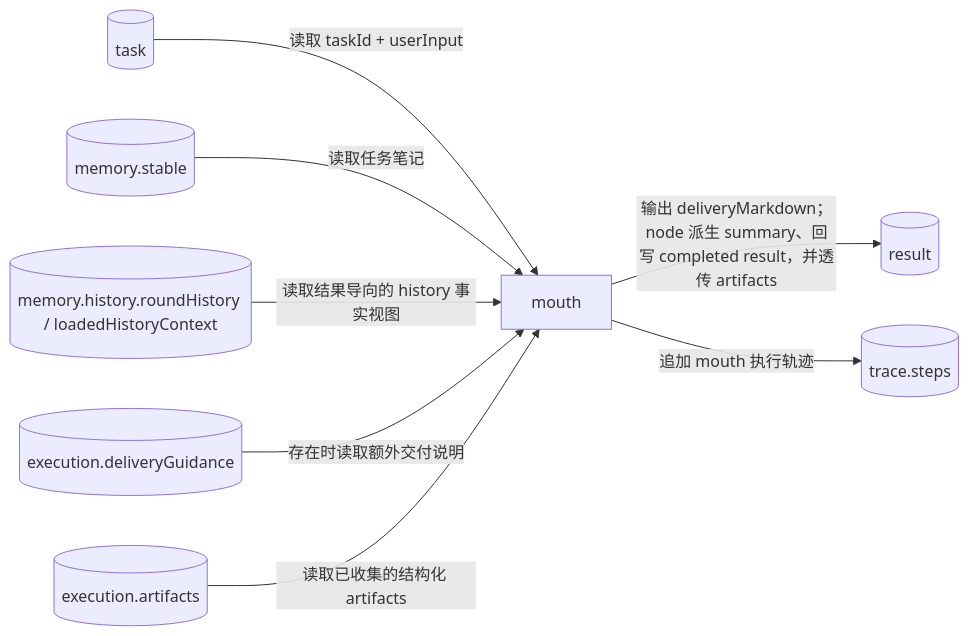
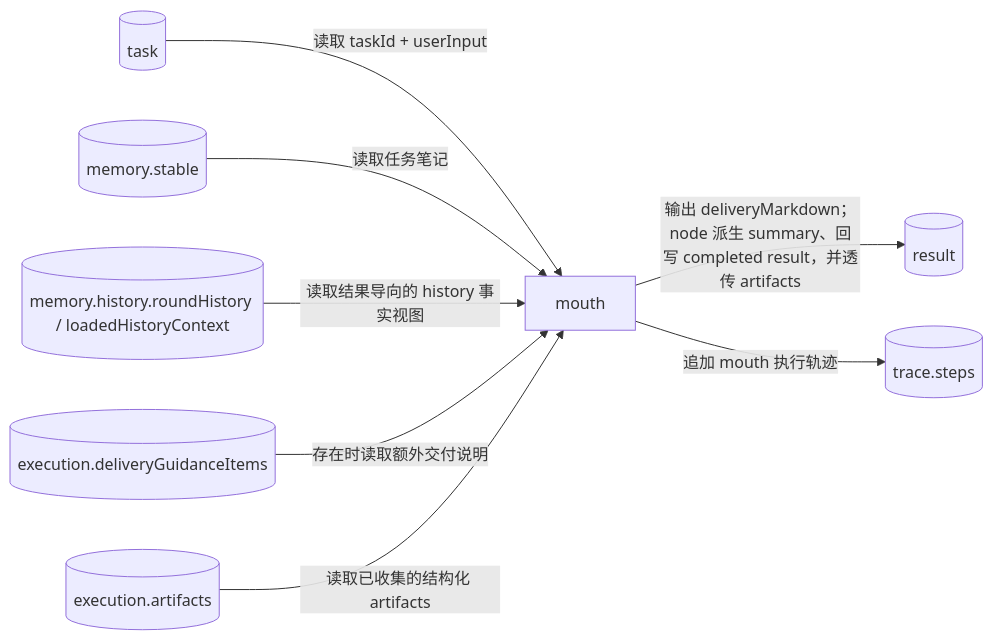
One commit to Yoan98/Ncurator changed the fifth of 5 diagrams in doc/ai-design/data-definition-and-flow.md. Above: the diagram before and after it, drawn with Mermaid. The commit also changed other lines of this file and 25 other files, not shown here.

Commit message:
Refine delivery guidance handoff for mouth

````diff
--- a/doc/ai-design/data-definition-and-flow.md
+++ b/doc/ai-design/data-definition-and-flow.md
@@ -1108,19 +1115,19 @@
 ```mermaid
 flowchart LR
     T[("task")]
     SM[("memory.stable")]
     PM[("memory.history.roundHistory / loadedHistoryContext")]
-    DG[("execution.deliveryGuidance")]
+    DG[("execution.deliveryGuidanceItems")]
     A[("execution.artifacts")]
     M["mouth"]
     R[("result")]
     TR[("trace.steps")]
 
     T -->|读取 taskId + userInput| M
     SM -->|读取任务笔记| M
     PM -->|读取结果导向的 history 事实视图| M
     DG -->|存在时读取额外交付说明| M
     A -->|读取已收集的结构化 artifacts| M
     M -->|输出 deliveryMarkdown；node 派生 summary、回写 completed result，并透传 artifacts| R
     M -->|追加 mouth 执行轨迹| TR
 ```
````
